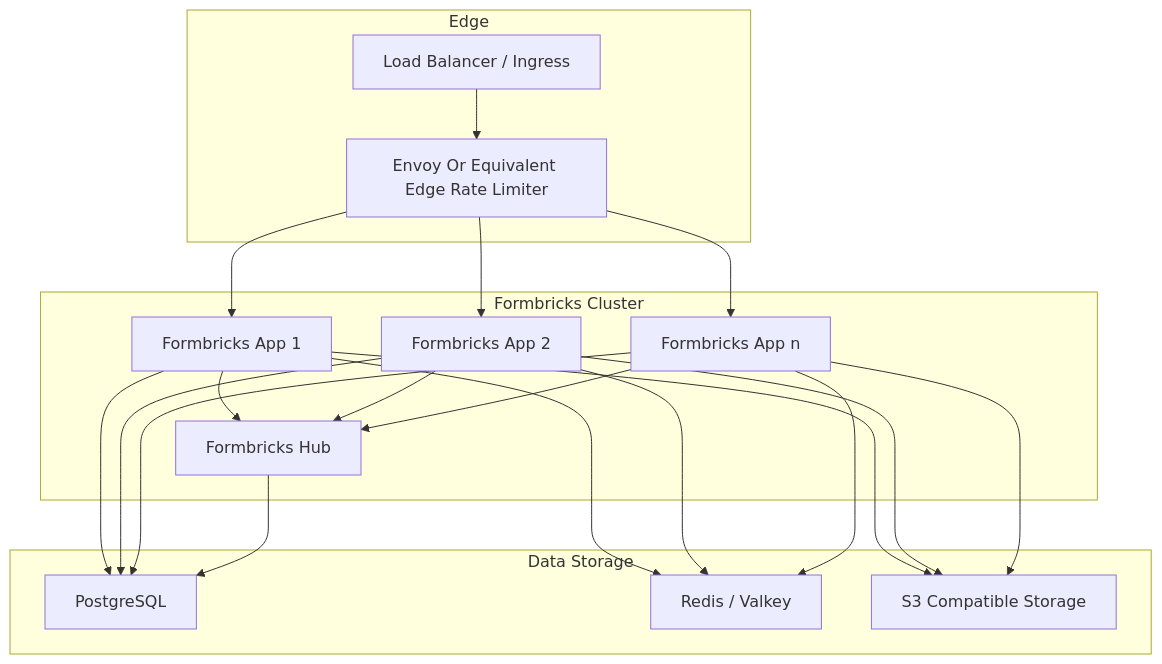
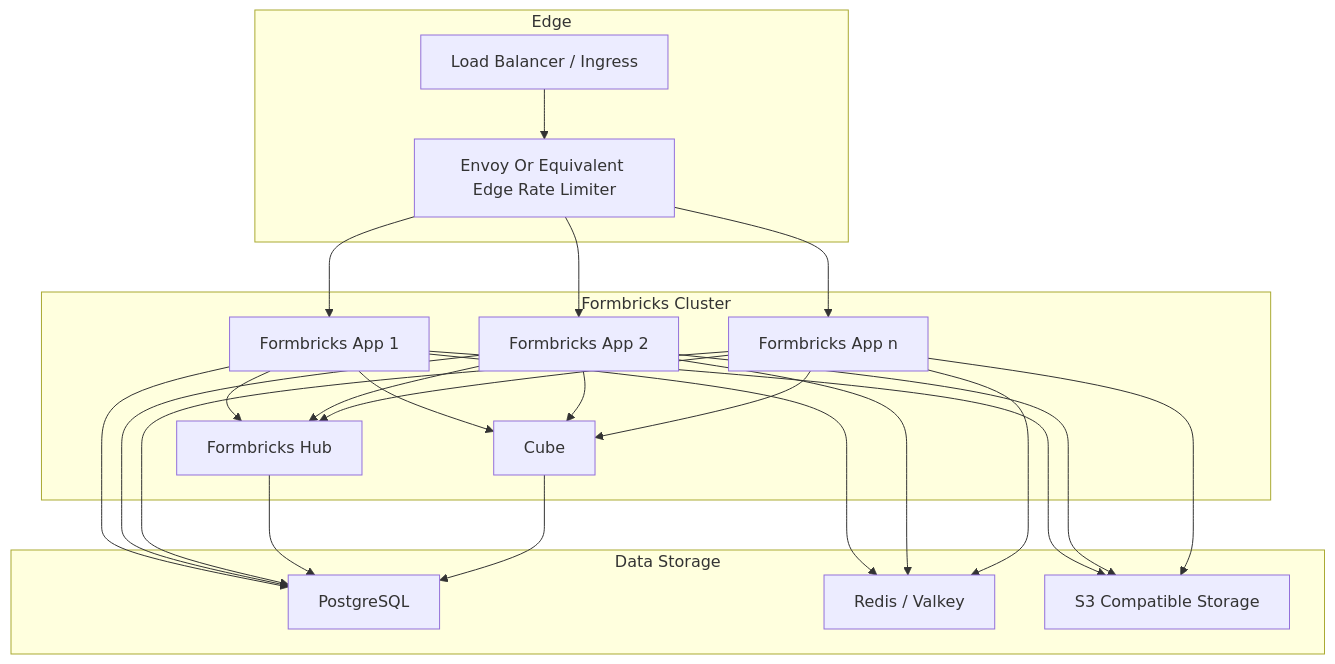
Before and after one commit to formbricks/formbricks: the diagram in docs/self-hosting/setup/cluster-setup.mdx, drawn with Mermaid. The commit also changed other lines of this file and 11 other files, not shown here.

````diff
--- a/docs/self-hosting/setup/cluster-setup.mdx
+++ b/docs/self-hosting/setup/cluster-setup.mdx
@@ -29,42 +30,48 @@
 ```mermaid
 graph TD
     subgraph Edge
         LB["Load Balancer / Ingress"]
         RL["Envoy Or Equivalent Edge Rate Limiter"]
     end
 
     subgraph Formbricks Cluster
         FB1["Formbricks App 1"]
         FB2["Formbricks App 2"]
         FB3["Formbricks App n"]
         HUB["Formbricks Hub"]
+        CUBE["Cube"]
     end
 
     subgraph Data Storage
         PSQL["PostgreSQL"]
         REDIS["Redis / Valkey"]
         S3["S3 Compatible Storage"]
     end
 
     LB --> RL
     RL --> FB1
     RL --> FB2
     RL --> FB3
 
     FB1 --> PSQL
     FB2 --> PSQL
     FB3 --> PSQL
     HUB --> PSQL
 
     FB1 --> REDIS
     FB2 --> REDIS
     FB3 --> REDIS
 
     FB1 --> HUB
     FB2 --> HUB
     FB3 --> HUB
 
+    FB1 --> CUBE
+    FB2 --> CUBE
+    FB3 --> CUBE
+    CUBE --> PSQL
+
     FB1 --> S3
     FB2 --> S3
     FB3 --> S3
 ```
````
